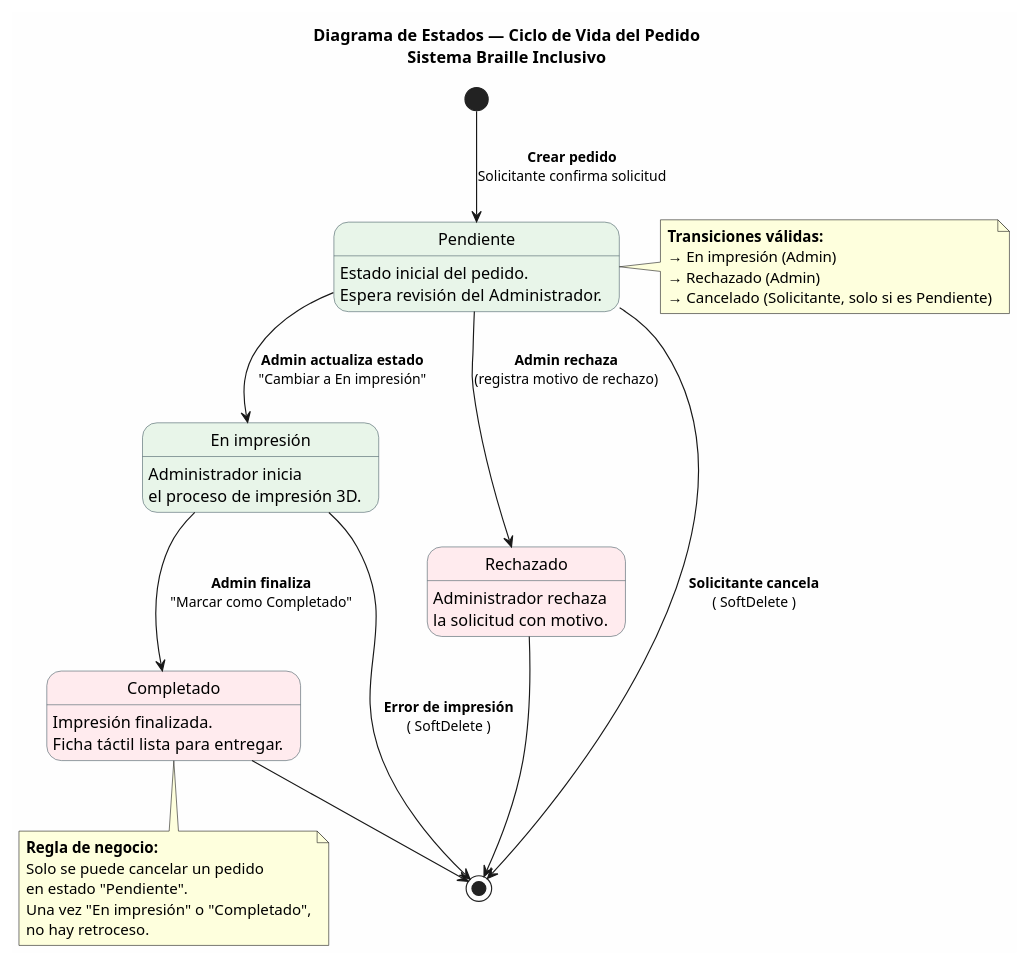
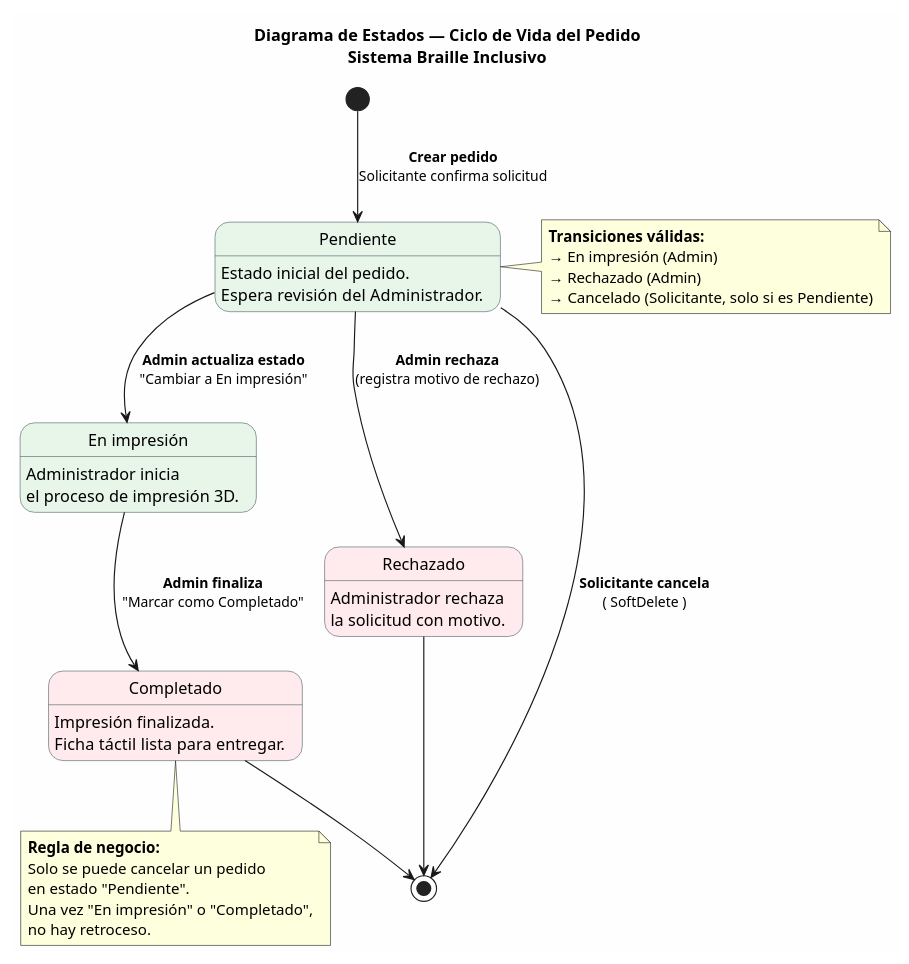
The diagram in docs/casos_de_uso/plantuml/UML_estados_pedido.puml (ArlTechDev/sistema-3d-inclusivo), drawn with PlantUML before and after one commit. The commit also changed 16 other files, not shown here.

Commit message:
docs: corregir fuentes PlantUML (Python→PHP, motores x4, UC-10, estados, ERD) y re-renderizar PNG; informe de consistencia 14

```diff
--- a/docs/casos_de_uso/plantuml/UML_estados_pedido.puml
+++ b/docs/casos_de_uso/plantuml/UML_estados_pedido.puml
@@ -1,57 +1,55 @@
 @startuml UML_Estados_Pedido
 title Diagrama de Estados — Ciclo de Vida del Pedido\nSistema Braille Inclusivo
 
 skinparam backgroundColor #FEFEFE
 skinparam shadowing false
 skinparam stateFontSize 14
 skinparam arrowFontSize 12
 
 skinparam state {
     BackgroundColor<<activo>> #E8F5E9
     BackgroundColor<<final>> #FFEBEE
     BackgroundColor<<inicial>> #E3F2FD
     BorderColor #455A64
 }
 
 ' === ESTADOS ===
 [*] --> Pendiente : <b>Crear pedido</b>\nSolicitante confirma solicitud
 
 state Pendiente <<activo>> : Estado inicial del pedido.\nEspera revisión del Administrador.
 
 state "En impresión" as EP <<activo>> : Administrador inicia\nel proceso de impresión 3D.
 
 state "Completado" as Comp <<final>> : Impresión finalizada.\nFicha táctil lista para entregar.
 
 state "Rechazado" as Rech <<final>> : Administrador rechaza\nla solicitud con motivo.
 
 ' === TRANSICIONES ===
 Pendiente --> EP : **Admin actualiza estado**\n"Cambiar a En impresión"
 
 Pendiente --> Rech : **Admin rechaza**\n(registra motivo de rechazo)
 
 EP --> Comp : **Admin finaliza**\n"Marcar como Completado"
 
 Pendiente --> [*] : **Solicitante cancela**\n( SoftDelete )
 
-EP --> [*] : **Error de impresión**\n( SoftDelete )
-
 Comp --> [*]
 Rech --> [*]
 
 ' === NOTAS ===
 note right of Pendiente
   **Transiciones válidas:**
   → En impresión (Admin)
   → Rechazado (Admin)
   → Cancelado (Solicitante, solo si es Pendiente)
 end note
 
 note bottom of Comp
   **Regla de negocio:**
   Solo se puede cancelar un pedido
   en estado "Pendiente".
   Una vez "En impresión" o "Completado",
   no hay retroceso.
 end note
 
 @enduml
```
